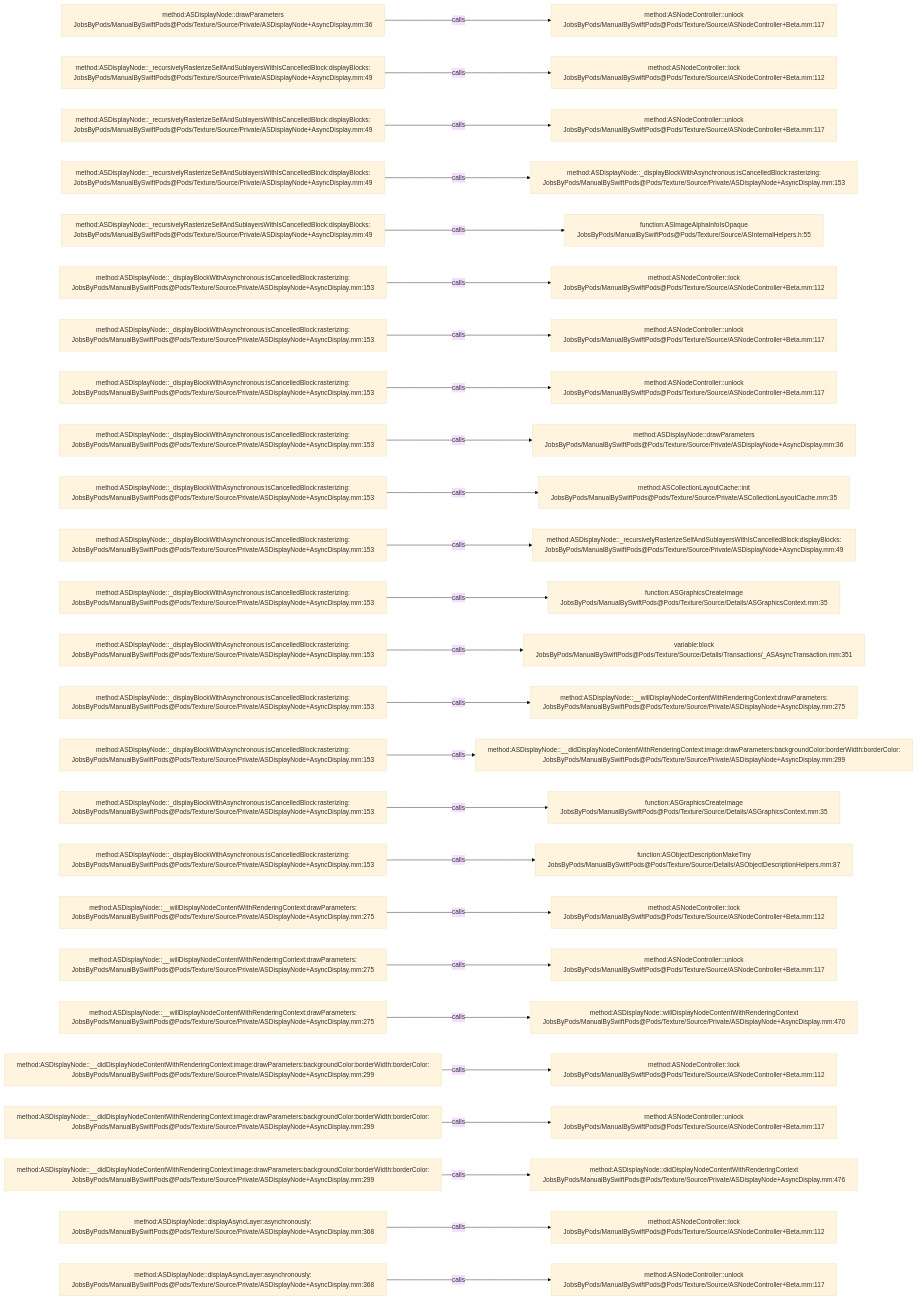
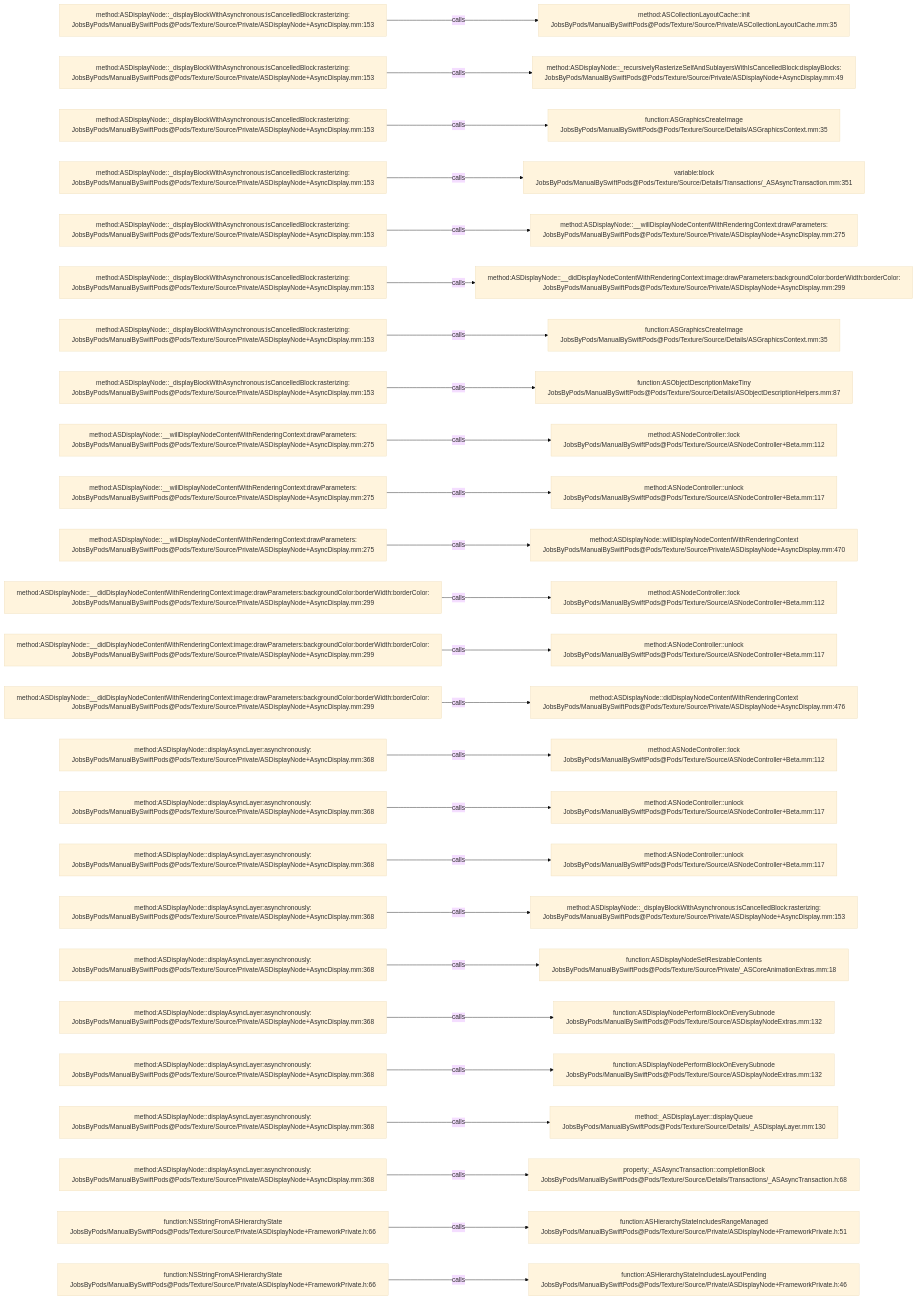
One commit to JobsKits/JobsSwiftBaseConfigDemo changed the diagram in .codegraph/codegraph.md/graphs/calls-117.md. Above: the diagram before and after it, drawn with Mermaid (base theme). The commit also changed 707 other files, not shown here.

````diff
--- a/.codegraph/codegraph.md/graphs/calls-117.md
+++ b/.codegraph/codegraph.md/graphs/calls-117.md
@@ -13,78 +13,78 @@
 ```mermaid
 flowchart LR
-  S1["method:ASDisplayNode::drawParameters<br/>JobsByPods/ManualBySwiftPods@Pods/Texture/Source/Private/ASDisplayNode+AsyncDisplay.mm:36"]
-  T1["method:ASNodeController::unlock<br/>JobsByPods/ManualBySwiftPods@Pods/Texture/Source/ASNodeController+Beta.mm:117"]
+  S1["method:ASDisplayNode::_displayBlockWithAsynchronous:isCancelledBlock:rasterizing:<br/>JobsByPods/ManualBySwiftPods@Pods/Texture/Source/Private/ASDisplayNode+AsyncDisplay.mm:153"]
+  T1["method:ASCollectionLayoutCache::init<br/>JobsByPods/ManualBySwiftPods@Pods/Texture/Source/Private/ASCollectionLayoutCache.mm:35"]
   S1 -->|calls| T1
-  S2["method:ASDisplayNode::_recursivelyRasterizeSelfAndSublayersWithIsCancelledBlock:displayBlocks:<br/>JobsByPods/ManualBySwiftPods@Pods/Texture/Source/Private/ASDisplayNode+AsyncDisplay.mm:49"]
-  T2["method:ASNodeController::lock<br/>JobsByPods/ManualBySwiftPods@Pods/Texture/Source/ASNodeController+Beta.mm:112"]
+  S2["method:ASDisplayNode::_displayBlockWithAsynchronous:isCancelledBlock:rasterizing:<br/>JobsByPods/ManualBySwiftPods@Pods/Texture/Source/Private/ASDisplayNode+AsyncDisplay.mm:153"]
+  T2["method:ASDisplayNode::_recursivelyRasterizeSelfAndSublayersWithIsCancelledBlock:displayBlocks:<br/>JobsByPods/ManualBySwiftPods@Pods/Texture/Source/Private/ASDisplayNode+AsyncDisplay.mm:49"]
   S2 -->|calls| T2
-  S3["method:ASDisplayNode::_recursivelyRasterizeSelfAndSublayersWithIsCancelledBlock:displayBlocks:<br/>JobsByPods/ManualBySwiftPods@Pods/Texture/Source/Private/ASDisplayNode+AsyncDisplay.mm:49"]
-  T3["method:ASNodeController::unlock<br/>JobsByPods/ManualBySwiftPods@Pods/Texture/Source/ASNodeController+Beta.mm:117"]
+  S3["method:ASDisplayNode::_displayBlockWithAsynchronous:isCancelledBlock:rasterizing:<br/>JobsByPods/ManualBySwiftPods@Pods/Texture/Source/Private/ASDisplayNode+AsyncDisplay.mm:153"]
+  T3["function:ASGraphicsCreateImage<br/>JobsByPods/ManualBySwiftPods@Pods/Texture/Source/Details/ASGraphicsContext.mm:35"]
   S3 -->|calls| T3
-  S4["method:ASDisplayNode::_recursivelyRasterizeSelfAndSublayersWithIsCancelledBlock:displayBlocks:<br/>JobsByPods/ManualBySwiftPods@Pods/Texture/Source/Private/ASDisplayNode+AsyncDisplay.mm:49"]
-  T4["method:ASDisplayNode::_displayBlockWithAsynchronous:isCancelledBlock:rasterizing:<br/>JobsByPods/ManualBySwiftPods@Pods/Texture/Source/Private/ASDisplayNode+AsyncDisplay.mm:153"]
+  S4["method:ASDisplayNode::_displayBlockWithAsynchronous:isCancelledBlock:rasterizing:<br/>JobsByPods/ManualBySwiftPods@Pods/Texture/Source/Private/ASDisplayNode+AsyncDisplay.mm:153"]
+  T4["variable:block<br/>JobsByPods/ManualBySwiftPods@Pods/Texture/Source/Details/Transactions/_ASAsyncTransaction.mm:351"]
   S4 -->|calls| T4
-  S5["method:ASDisplayNode::_recursivelyRasterizeSelfAndSublayersWithIsCancelledBlock:displayBlocks:<br/>JobsByPods/ManualBySwiftPods@Pods/Texture/Source/Private/ASDisplayNode+AsyncDisplay.mm:49"]
-  T5["function:ASImageAlphaInfoIsOpaque<br/>JobsByPods/ManualBySwiftPods@Pods/Texture/Source/ASInternalHelpers.h:55"]
+  S5["method:ASDisplayNode::_displayBlockWithAsynchronous:isCancelledBlock:rasterizing:<br/>JobsByPods/ManualBySwiftPods@Pods/Texture/Source/Private/ASDisplayNode+AsyncDisplay.mm:153"]
+  T5["method:ASDisplayNode::__willDisplayNodeContentWithRenderingContext:drawParameters:<br/>JobsByPods/ManualBySwiftPods@Pods/Texture/Source/Private/ASDisplayNode+AsyncDisplay.mm:275"]
   S5 -->|calls| T5
   S6["method:ASDisplayNode::_displayBlockWithAsynchronous:isCancelledBlock:rasterizing:<br/>JobsByPods/ManualBySwiftPods@Pods/Texture/Source/Private/ASDisplayNode+AsyncDisplay.mm:153"]
-  T6["method:ASNodeController::lock<br/>JobsByPods/ManualBySwiftPods@Pods/Texture/Source/ASNodeController+Beta.mm:112"]
+  T6["method:ASDisplayNode::__didDisplayNodeContentWithRenderingContext:image:drawParameters:backgroundColor:borderWidth:borderColor:<br/>JobsByPods/ManualBySwiftPods@Pods/Texture/Source/Private/ASDisplayNode+AsyncDisplay.mm:299"]
   S6 -->|calls| T6
   S7["method:ASDisplayNode::_displayBlockWithAsynchronous:isCancelledBlock:rasterizing:<br/>JobsByPods/ManualBySwiftPods@Pods/Texture/Source/Private/ASDisplayNode+AsyncDisplay.mm:153"]
-  T7["method:ASNodeController::unlock<br/>JobsByPods/ManualBySwiftPods@Pods/Texture/Source/ASNodeController+Beta.mm:117"]
+  T7["function:ASGraphicsCreateImage<br/>JobsByPods/ManualBySwiftPods@Pods/Texture/Source/Details/ASGraphicsContext.mm:35"]
   S7 -->|calls| T7
   S8["method:ASDisplayNode::_displayBlockWithAsynchronous:isCancelledBlock:rasterizing:<br/>JobsByPods/ManualBySwiftPods@Pods/Texture/Source/Private/ASDisplayNode+AsyncDisplay.mm:153"]
-  T8["method:ASNodeController::unlock<br/>JobsByPods/ManualBySwiftPods@Pods/Texture/Source/ASNodeController+Beta.mm:117"]
+  T8["function:ASObjectDescriptionMakeTiny<br/>JobsByPods/ManualBySwiftPods@Pods/Texture/Source/Details/ASObjectDescriptionHelpers.mm:87"]
   S8 -->|calls| T8
-  S9["method:ASDisplayNode::_displayBlockWithAsynchronous:isCancelledBlock:rasterizing:<br/>JobsByPods/ManualBySwiftPods@Pods/Texture/Source/Private/ASDisplayNode+AsyncDisplay.mm:153"]
-  T9["method:ASDisplayNode::drawParameters<br/>JobsByPods/ManualBySwiftPods@Pods/Texture/Source/Private/ASDisplayNode+AsyncDisplay.mm:36"]
+  S9["method:ASDisplayNode::__willDisplayNodeContentWithRenderingContext:drawParameters:<br/>JobsByPods/ManualBySwiftPods@Pods/Texture/Source/Private/ASDisplayNode+AsyncDisplay.mm:275"]
+  T9["method:ASNodeController::lock<br/>JobsByPods/ManualBySwiftPods@Pods/Texture/Source/ASNodeController+Beta.mm:112"]
   S9 -->|calls| T9
-  S10["method:ASDisplayNode::_displayBlockWithAsynchronous:isCancelledBlock:rasterizing:<br/>JobsByPods/ManualBySwiftPods@Pods/Texture/Source/Private/ASDisplayNode+AsyncDisplay.mm:153"]
-  T10["method:ASCollectionLayoutCache::init<br/>JobsByPods/ManualBySwiftPods@Pods/Texture/Source/Private/ASCollectionLayoutCache.mm:35"]
+  S10["method:ASDisplayNode::__willDisplayNodeContentWithRenderingContext:drawParameters:<br/>JobsByPods/ManualBySwiftPods@Pods/Texture/Source/Private/ASDisplayNode+AsyncDisplay.mm:275"]
+  T10["method:ASNodeController::unlock<br/>JobsByPods/ManualBySwiftPods@Pods/Texture/Source/ASNodeController+Beta.mm:117"]
   S10 -->|calls| T10
-  S11["method:ASDisplayNode::_displayBlockWithAsynchronous:isCancelledBlock:rasterizing:<br/>JobsByPods/ManualBySwiftPods@Pods/Texture/Source/Private/ASDisplayNode+AsyncDisplay.mm:153"]
-  T11["method:ASDisplayNode::_recursivelyRasterizeSelfAndSublayersWithIsCancelledBlock:displayBlocks:<br/>JobsByPods/ManualBySwiftPods@Pods/Texture/Source/Private/ASDisplayNode+AsyncDisplay.mm:49"]
+  S11["method:ASDisplayNode::__willDisplayNodeContentWithRenderingContext:drawParameters:<br/>JobsByPods/ManualBySwiftPods@Pods/Texture/Source/Private/ASDisplayNode+AsyncDisplay.mm:275"]
+  T11["method:ASDisplayNode::willDisplayNodeContentWithRenderingContext<br/>JobsByPods/ManualBySwiftPods@Pods/Texture/Source/Private/ASDisplayNode+AsyncDisplay.mm:470"]
   S11 -->|calls| T11
-  S12["method:ASDisplayNode::_displayBlockWithAsynchronous:isCancelledBlock:rasterizing:<br/>JobsByPods/ManualBySwiftPods@Pods/Texture/Source/Private/ASDisplayNode+AsyncDisplay.mm:153"]
-  T12["function:ASGraphicsCreateImage<br/>JobsByPods/ManualBySwiftPods@Pods/Texture/Source/Details/ASGraphicsContext.mm:35"]
+  S12["method:ASDisplayNode::__didDisplayNodeContentWithRenderingContext:image:drawParameters:backgroundColor:borderWidth:borderColor:<br/>JobsByPods/ManualBySwiftPods@Pods/Texture/Source/Private/ASDisplayNode+AsyncDisplay.mm:299"]
+  T12["method:ASNodeController::lock<br/>JobsByPods/ManualBySwiftPods@Pods/Texture/Source/ASNodeController+Beta.mm:112"]
   S12 -->|calls| T12
-  S13["method:ASDisplayNode::_displayBlockWithAsynchronous:isCancelledBlock:rasterizing:<br/>JobsByPods/ManualBySwiftPods@Pods/Texture/Source/Private/ASDisplayNode+AsyncDisplay.mm:153"]
-  T13["variable:block<br/>JobsByPods/ManualBySwiftPods@Pods/Texture/Source/Details/Transactions/_ASAsyncTransaction.mm:351"]
+  S13["method:ASDisplayNode::__didDisplayNodeContentWithRenderingContext:image:drawParameters:backgroundColor:borderWidth:borderColor:<br/>JobsByPods/ManualBySwiftPods@Pods/Texture/Source/Private/ASDisplayNode+AsyncDisplay.mm:299"]
+  T13["method:ASNodeController::unlock<br/>JobsByPods/ManualBySwiftPods@Pods/Texture/Source/ASNodeController+Beta.mm:117"]
   S13 -->|calls| T13
-  S14["method:ASDisplayNode::_displayBlockWithAsynchronous:isCancelledBlock:rasterizing:<br/>JobsByPods/ManualBySwiftPods@Pods/Texture/Source/Private/ASDisplayNode+AsyncDisplay.mm:153"]
-  T14["method:ASDisplayNode::__willDisplayNodeContentWithRenderingContext:drawParameters:<br/>JobsByPods/ManualBySwiftPods@Pods/Texture/Source/Private/ASDisplayNode+AsyncDisplay.mm:275"]
+  S14["method:ASDisplayNode::__didDisplayNodeContentWithRenderingContext:image:drawParameters:backgroundColor:borderWidth:borderColor:<br/>JobsByPods/ManualBySwiftPods@Pods/Texture/Source/Private/ASDisplayNode+AsyncDisplay.mm:299"]
+  T14["method:ASDisplayNode::didDisplayNodeContentWithRenderingContext<br/>JobsByPods/ManualBySwiftPods@Pods/Texture/Source/Private/ASDisplayNode+AsyncDisplay.mm:476"]
   S14 -->|calls| T14
-  S15["method:ASDisplayNode::_displayBlockWithAsynchronous:isCancelledBlock:rasterizing:<br/>JobsByPods/ManualBySwiftPods@Pods/Texture/Source/Private/ASDisplayNode+AsyncDisplay.mm:153"]
-  T15["method:ASDisplayNode::__didDisplayNodeContentWithRenderingContext:image:drawParameters:backgroundColor:borderWidth:borderColor:<br/>JobsByPods/ManualBySwiftPods@Pods/Texture/Source/Private/ASDisplayNode+AsyncDisplay.mm:299"]
+  S15["method:ASDisplayNode::displayAsyncLayer:asynchronously:<br/>JobsByPods/ManualBySwiftPods@Pods/Texture/Source/Private/ASDisplayNode+AsyncDisplay.mm:368"]
+  T15["method:ASNodeController::lock<br/>JobsByPods/ManualBySwiftPods@Pods/Texture/Source/ASNodeController+Beta.mm:112"]
   S15 -->|calls| T15
-  S16["method:ASDisplayNode::_displayBlockWithAsynchronous:isCancelledBlock:rasterizing:<br/>JobsByPods/ManualBySwiftPods@Pods/Texture/Source/Private/ASDisplayNode+AsyncDisplay.mm:153"]
-  T16["function:ASGraphicsCreateImage<br/>JobsByPods/ManualBySwiftPods@Pods/Texture/Source/Details/ASGraphicsContext.mm:35"]
+  S16["method:ASDisplayNode::displayAsyncLayer:asynchronously:<br/>JobsByPods/ManualBySwiftPods@Pods/Texture/Source/Private/ASDisplayNode+AsyncDisplay.mm:368"]
+  T16["method:ASNodeController::unlock<br/>JobsByPods/ManualBySwiftPods@Pods/Texture/Source/ASNodeController+Beta.mm:117"]
   S16 -->|calls| T16
-  S17["method:ASDisplayNode::_displayBlockWithAsynchronous:isCancelledBlock:rasterizing:<br/>JobsByPods/ManualBySwiftPods@Pods/Texture/Source/Private/ASDisplayNode+AsyncDisplay.mm:153"]
-  T17["function:ASObjectDescriptionMakeTiny<br/>JobsByPods/ManualBySwiftPods@Pods/Texture/Source/Details/ASObjectDescriptionHelpers.mm:87"]
+  S17["method:ASDisplayNode::displayAsyncLayer:asynchronously:<br/>JobsByPods/ManualBySwiftPods@Pods/Texture/Source/Private/ASDisplayNode+AsyncDisplay.mm:368"]
+  T17["method:ASNodeController::unlock<br/>JobsByPods/ManualBySwiftPods@Pods/Texture/Source/ASNodeController+Beta.mm:117"]
   S17 -->|calls| T17
-  S18["method:ASDisplayNode::__willDisplayNodeContentWithRenderingContext:drawParameters:<br/>JobsByPods/ManualBySwiftPods@Pods/Texture/Source/Private/ASDisplayNode+AsyncDisplay.mm:275"]
-  T18["method:ASNodeController::lock<br/>JobsByPods/ManualBySwiftPods@Pods/Texture/Source/ASNodeController+Beta.mm:112"]
+  S18["method:ASDisplayNode::displayAsyncLayer:asynchronously:<br/>JobsByPods/ManualBySwiftPods@Pods/Texture/Source/Private/ASDisplayNode+AsyncDisplay.mm:368"]
+  T18["method:ASDisplayNode::_displayBlockWithAsynchronous:isCancelledBlock:rasterizing:<br/>JobsByPods/ManualBySwiftPods@Pods/Texture/Source/Private/ASDisplayNode+AsyncDisplay.mm:153"]
   S18 -->|calls| T18
-  S19["method:ASDisplayNode::__willDisplayNodeContentWithRenderingContext:drawParameters:<br/>JobsByPods/ManualBySwiftPods@Pods/Texture/Source/Private/ASDisplayNode+AsyncDisplay.mm:275"]
-  T19["method:ASNodeController::unlock<br/>JobsByPods/ManualBySwiftPods@Pods/Texture/Source/ASNodeController+Beta.mm:117"]
+  S19["method:ASDisplayNode::displayAsyncLayer:asynchronously:<br/>JobsByPods/ManualBySwiftPods@Pods/Texture/Source/Private/ASDisplayNode+AsyncDisplay.mm:368"]
+  T19["function:ASDisplayNodeSetResizableContents<br/>JobsByPods/ManualBySwiftPods@Pods/Texture/Source/Private/_ASCoreAnimationExtras.mm:18"]
   S19 -->|calls| T19
-  S20["method:ASDisplayNode::__willDisplayNodeContentWithRenderingContext:drawParameters:<br/>JobsByPods/ManualBySwiftPods@Pods/Texture/Source/Private/ASDisplayNode+AsyncDisplay.mm:275"]
-  T20["method:ASDisplayNode::willDisplayNodeContentWithRenderingContext<br/>JobsByPods/ManualBySwiftPods@Pods/Texture/Source/Private/ASDisplayNode+AsyncDisplay.mm:470"]
+  S20["method:ASDisplayNode::displayAsyncLayer:asynchronously:<br/>JobsByPods/ManualBySwiftPods@Pods/Texture/Source/Private/ASDisplayNode+AsyncDisplay.mm:368"]
+  T20["function:ASDisplayNodePerformBlockOnEverySubnode<br/>JobsByPods/ManualBySwiftPods@Pods/Texture/Source/ASDisplayNodeExtras.mm:132"]
   S20 -->|calls| T20
-  S21["method:ASDisplayNode::__didDisplayNodeContentWithRenderingContext:image:drawParameters:backgroundColor:borderWidth:borderColor:<br/>JobsByPods/ManualBySwiftPods@Pods/Texture/Source/Private/ASDisplayNode+AsyncDisplay.mm:299"]
-  T21["method:ASNodeController::lock<br/>JobsByPods/ManualBySwiftPods@Pods/Texture/Source/ASNodeController+Beta.mm:112"]
+  S21["method:ASDisplayNode::displayAsyncLayer:asynchronously:<br/>JobsByPods/ManualBySwiftPods@Pods/Texture/Source/Private/ASDisplayNode+AsyncDisplay.mm:368"]
+  T21["function:ASDisplayNodePerformBlockOnEverySubnode<br/>JobsByPods/ManualBySwiftPods@Pods/Texture/Source/ASDisplayNodeExtras.mm:132"]
   S21 -->|calls| T21
-  S22["method:ASDisplayNode::__didDisplayNodeContentWithRenderingContext:image:drawParameters:backgroundColor:borderWidth:borderColor:<br/>JobsByPods/ManualBySwiftPods@Pods/Texture/Source/Private/ASDisplayNode+AsyncDisplay.mm:299"]
-  T22["method:ASNodeController::unlock<br/>JobsByPods/ManualBySwiftPods@Pods/Texture/Source/ASNodeController+Beta.mm:117"]
+  S22["method:ASDisplayNode::displayAsyncLayer:asynchronously:<br/>JobsByPods/ManualBySwiftPods@Pods/Texture/Source/Private/ASDisplayNode+AsyncDisplay.mm:368"]
+  T22["method:_ASDisplayLayer::displayQueue<br/>JobsByPods/ManualBySwiftPods@Pods/Texture/Source/Details/_ASDisplayLayer.mm:130"]
   S22 -->|calls| T22
-  S23["method:ASDisplayNode::__didDisplayNodeContentWithRenderingContext:image:drawParameters:backgroundColor:borderWidth:borderColor:<br/>JobsByPods/ManualBySwiftPods@Pods/Texture/Source/Private/ASDisplayNode+AsyncDisplay.mm:299"]
-  T23["method:ASDisplayNode::didDisplayNodeContentWithRenderingContext<br/>JobsByPods/ManualBySwiftPods@Pods/Texture/Source/Private/ASDisplayNode+AsyncDisplay.mm:476"]
+  S23["method:ASDisplayNode::displayAsyncLayer:asynchronously:<br/>JobsByPods/ManualBySwiftPods@Pods/Texture/Source/Private/ASDisplayNode+AsyncDisplay.mm:368"]
+  T23["property:_ASAsyncTransaction::completionBlock<br/>JobsByPods/ManualBySwiftPods@Pods/Texture/Source/Details/Transactions/_ASAsyncTransaction.h:68"]
   S23 -->|calls| T23
-  S24["method:ASDisplayNode::displayAsyncLayer:asynchronously:<br/>JobsByPods/ManualBySwiftPods@Pods/Texture/Source/Private/ASDisplayNode+AsyncDisplay.mm:368"]
-  T24["method:ASNodeController::lock<br/>JobsByPods/ManualBySwiftPods@Pods/Texture/Source/ASNodeController+Beta.mm:112"]
+  S24["function:NSStringFromASHierarchyState<br/>JobsByPods/ManualBySwiftPods@Pods/Texture/Source/Private/ASDisplayNode+FrameworkPrivate.h:66"]
+  T24["function:ASHierarchyStateIncludesRangeManaged<br/>JobsByPods/ManualBySwiftPods@Pods/Texture/Source/Private/ASDisplayNode+FrameworkPrivate.h:51"]
   S24 -->|calls| T24
-  S25["method:ASDisplayNode::displayAsyncLayer:asynchronously:<br/>JobsByPods/ManualBySwiftPods@Pods/Texture/Source/Private/ASDisplayNode+AsyncDisplay.mm:368"]
-  T25["method:ASNodeController::unlock<br/>JobsByPods/ManualBySwiftPods@Pods/Texture/Source/ASNodeController+Beta.mm:117"]
+  S25["function:NSStringFromASHierarchyState<br/>JobsByPods/ManualBySwiftPods@Pods/Texture/Source/Private/ASDisplayNode+FrameworkPrivate.h:66"]
+  T25["function:ASHierarchyStateIncludesLayoutPending<br/>JobsByPods/ManualBySwiftPods@Pods/Texture/Source/Private/ASDisplayNode+FrameworkPrivate.h:46"]
   S25 -->|calls| T25
 ```
````
